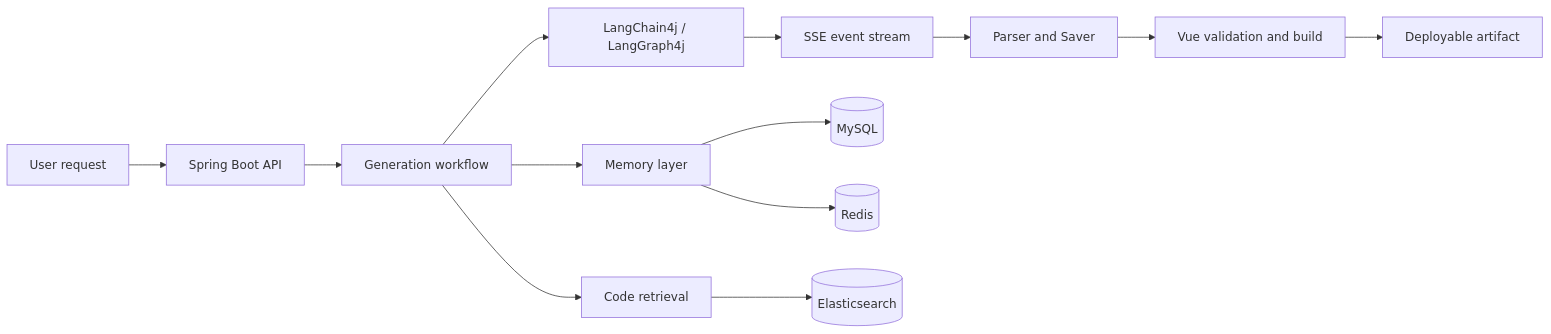
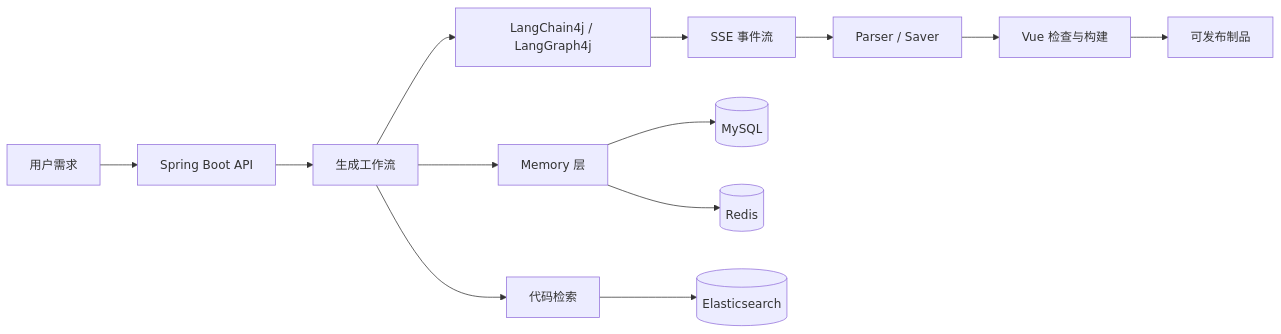
The diagram in README.md (glyahh/app-cube), drawn with Mermaid before and after one commit. The commit also changed other lines of this file and 1 other file, not shown here.

````diff
--- a/README.md
+++ b/README.md
@@ -129,15 +98,15 @@
 ```mermaid
 flowchart LR
-    U[User request] --> API[Spring Boot API]
-    API --> W[Generation workflow]
+    U[用户需求] --> API[Spring Boot API]
+    API --> W[生成工作流]
     W --> L[LangChain4j / LangGraph4j]
-    L --> S[SSE event stream]
-    W --> M[Memory layer]
+    L --> S[SSE 事件流]
+    W --> M[Memory 层]
     M --> DB[(MySQL)]
     M --> R[(Redis)]
-    W --> RAG[Code retrieval]
+    W --> RAG[代码检索]
     RAG --> ES[(Elasticsearch)]
-    S --> P[Parser and Saver]
-    P --> V[Vue validation and build]
-    V --> D[Deployable artifact]
+    S --> P[Parser / Saver]
+    P --> V[Vue 检查与构建]
+    V --> D[可发布制品]
 ```
````
